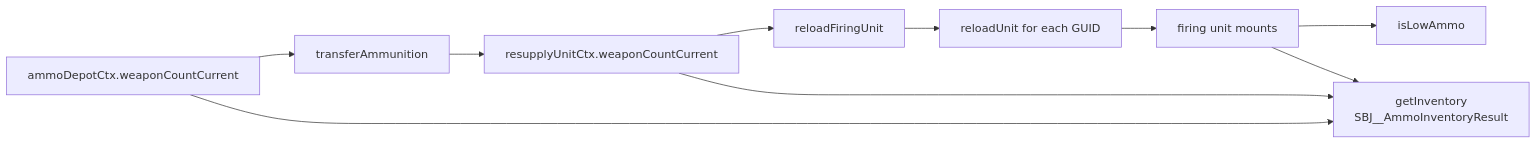
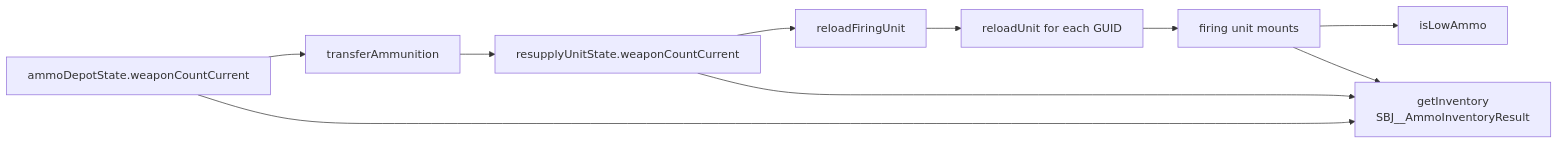
One commit to pullupjumper/formosa-in-flames changed the diagram in docs/missileSystem/ammo.md. Above: the diagram before and after it, drawn with Mermaid. The commit also changed other lines of this file and 67 other files, not shown here.

````diff
--- a/docs/missileSystem/ammo.md
+++ b/docs/missileSystem/ammo.md
@@ -30,15 +30,15 @@
 ```mermaid
 flowchart LR
-    AD[ammoDepotCtx.weaponCountCurrent] --> TA[transferAmmunition]
-    TA --> RU[resupplyUnitCtx.weaponCountCurrent]
+    AD[ammoDepotState.weaponCountCurrent] --> TA[transferAmmunition]
+    TA --> RU[resupplyUnitState.weaponCountCurrent]
 
     RU --> RF[reloadFiringUnit]
     RF --> R1[reloadUnit for each GUID]
     R1 --> TEL[firing unit mounts]
 
     TEL --> LA[isLowAmmo]
 
     AD --> INV
     RU --> INV
     TEL --> INV[getInventory<br>SBJ__AmmoInventoryResult]
 ```
````
